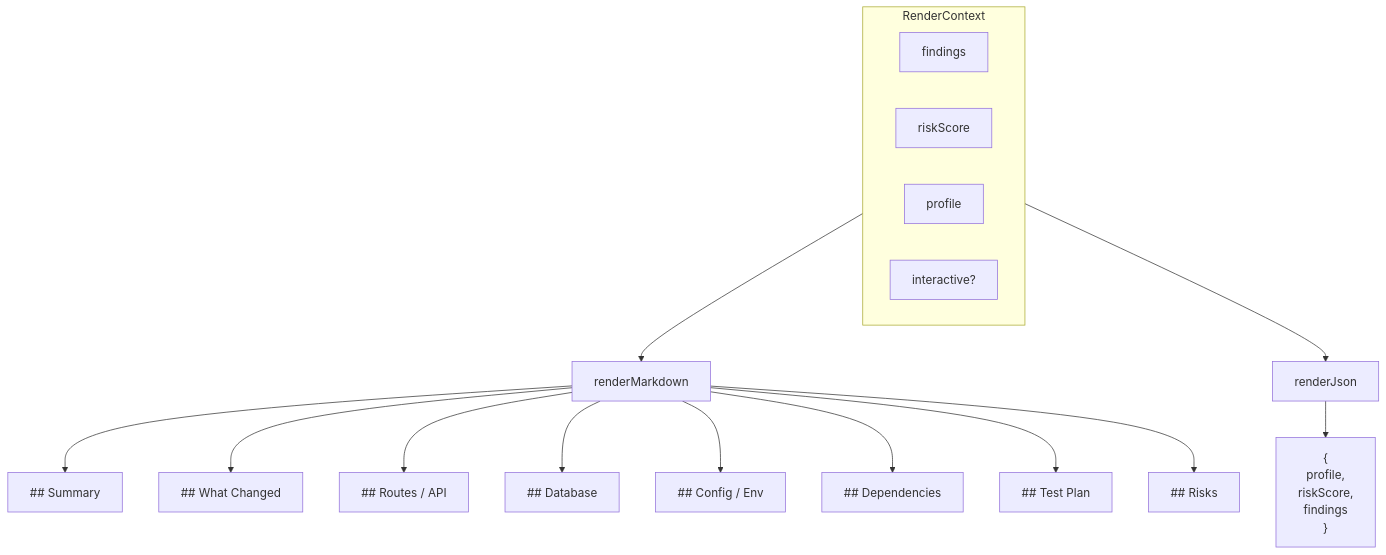
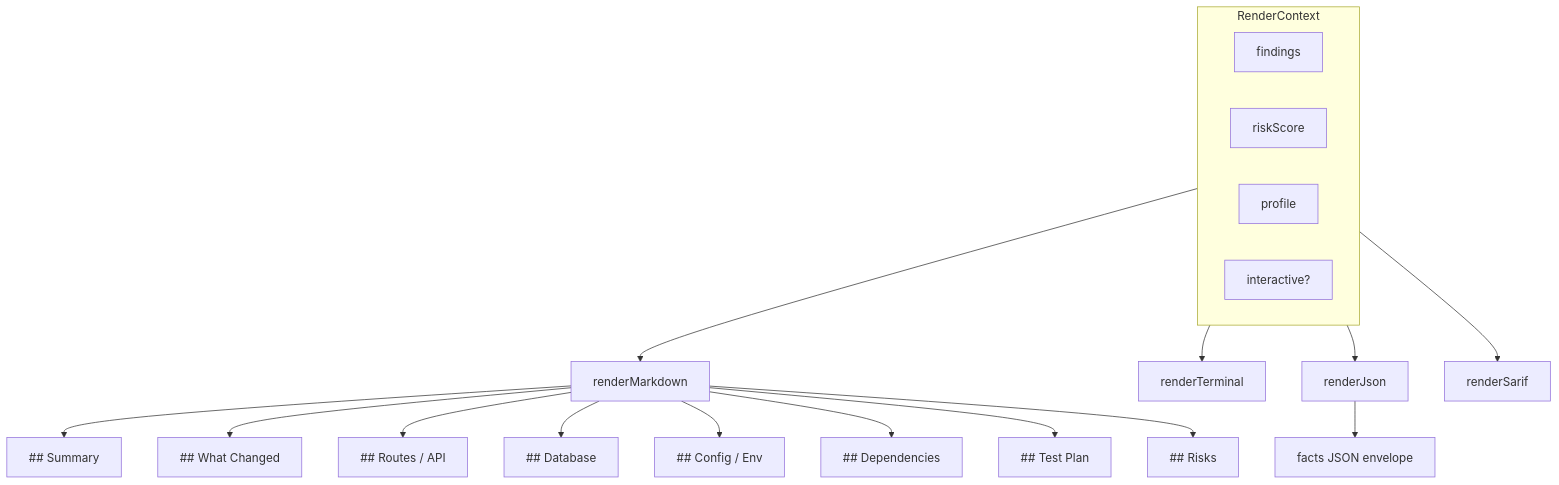
The fifth of 6 diagrams in docs/02-architecture/data-flow.md (better-vibe/branch-narrator), drawn with Mermaid before and after one commit. The commit also changed other lines of this file and 39 other files, not shown here.

````diff
--- a/docs/02-architecture/data-flow.md
+++ b/docs/02-architecture/data-flow.md
@@ -92,27 +104,25 @@
 ```mermaid
 flowchart TD
     subgraph Context["RenderContext"]
         F[findings]
         RS[riskScore]
         P[profile]
         I[interactive?]
     end
 
     Context --> MD[renderMarkdown]
+    Context --> TERM[renderTerminal]
     Context --> JSON[renderJson]
+    Context --> SARIF[renderSarif]
 
     MD --> S1["## Summary"]
     MD --> S2["## What Changed"]
     MD --> S3["## Routes / API"]
     MD --> S4["## Database"]
     MD --> S5["## Config / Env"]
     MD --> S6["## Dependencies"]
     MD --> S7["## Test Plan"]
     MD --> S8["## Risks"]
 
-    JSON --> OUT["{
-        profile,
-        riskScore,
-        findings
-    }"]
+    JSON --> OUT["facts JSON envelope"]
 ```
````
